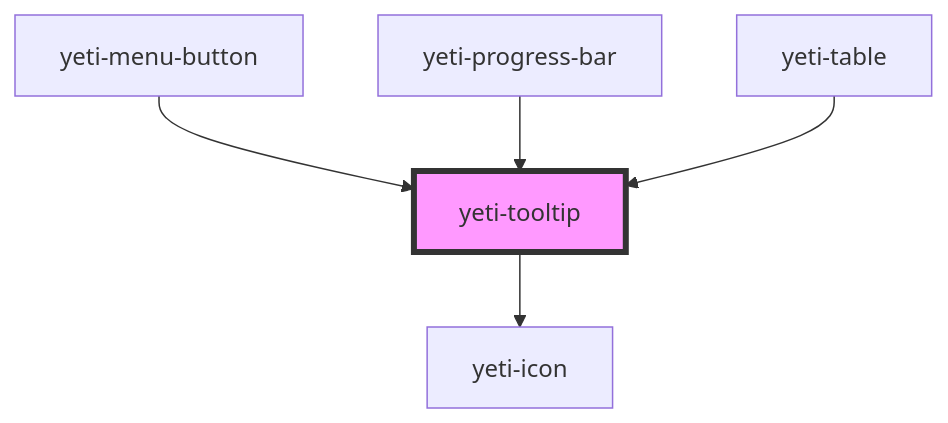
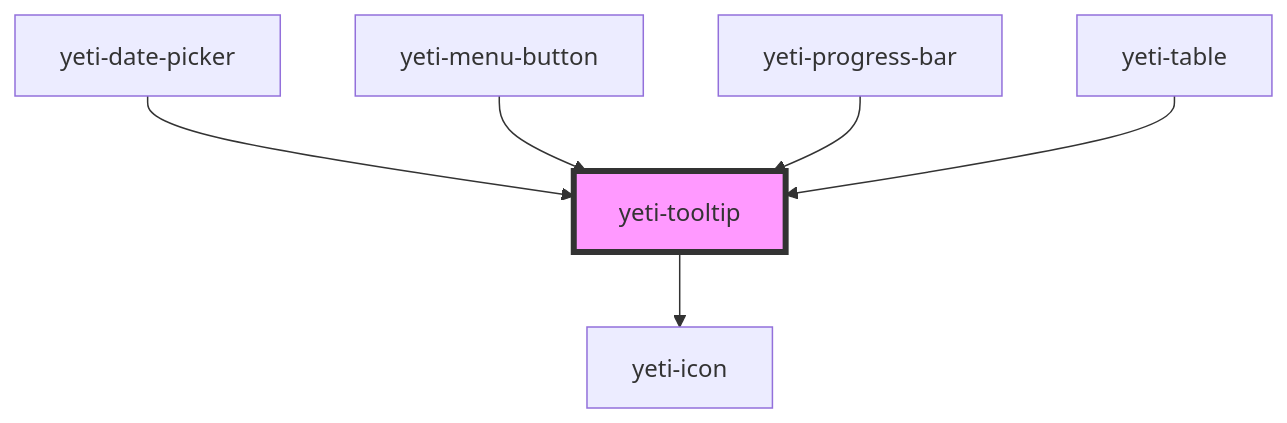
The diagram in src/components/yeti-tooltip/readme.md (msoltvedt/yeti), drawn with Mermaid before and after one commit. The commit also changed other lines of this file and 48 other files, not shown here.

````diff
--- a/src/components/yeti-tooltip/readme.md
+++ b/src/components/yeti-tooltip/readme.md
@@ -35,8 +37,9 @@
 ```mermaid
 graph TD;
   yeti-tooltip --> yeti-icon
+  yeti-date-picker --> yeti-tooltip
   yeti-menu-button --> yeti-tooltip
   yeti-progress-bar --> yeti-tooltip
   yeti-table --> yeti-tooltip
   style yeti-tooltip fill:#f9f,stroke:#333,stroke-width:4px
 ```
````
